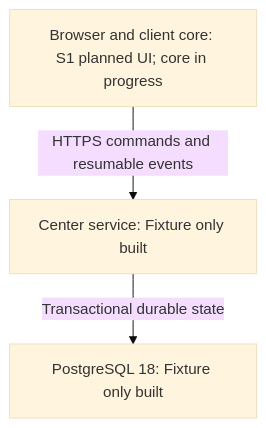
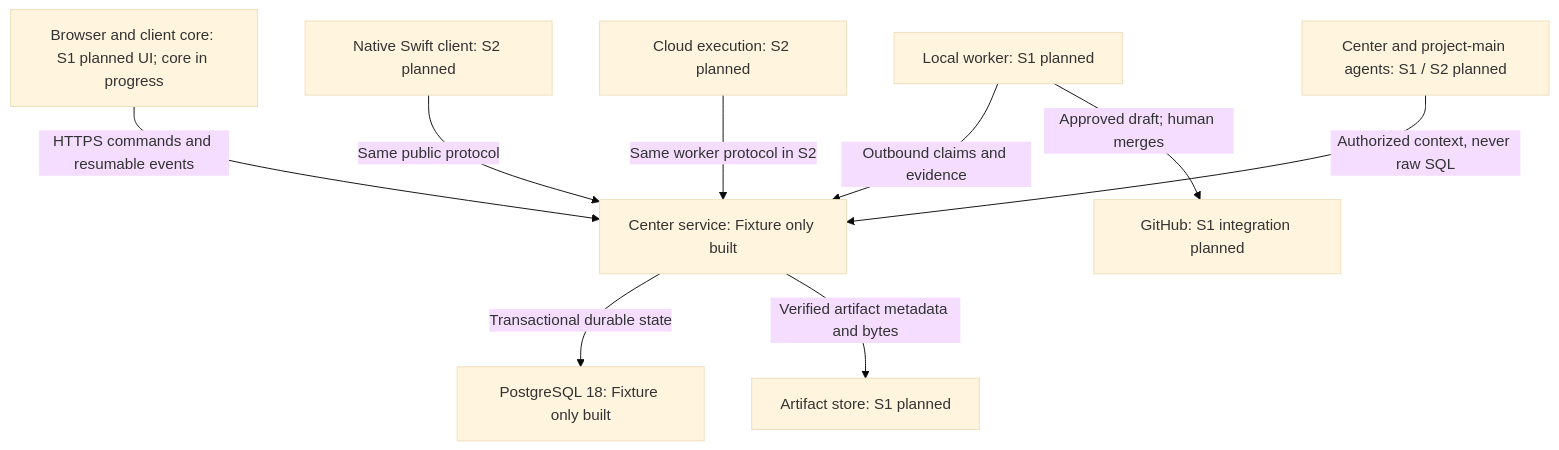
Before and after one commit to tayler-id/agent-team-workspace: the first of 2 diagrams in docs/site/progress.md, drawn with Mermaid (base theme). The commit also changed other lines of this file and 24 other files, not shown here.

````diff
--- a/docs/site/progress.md
+++ b/docs/site/progress.md
@@ -19,8 +19,20 @@
 ```mermaid
 flowchart TD
   browser["Browser and client core: S1 planned UI; core in progress"]
   center["Center service: Fixture only built"]
   postgres["PostgreSQL 18: Fixture only built"]
+  artifacts["Artifact store: S1 planned"]
+  local["Local worker: S1 planned"]
+  cloud["Cloud execution: S2 planned"]
+  github["GitHub: S1 integration planned"]
+  agents["Center and project-main agents: S1 / S2 planned"]
+  native["Native Swift client: S2 planned"]
   browser -->|HTTPS commands and resumable events| center
+  native -->|Same public protocol| center
   center -->|Transactional durable state| postgres
+  center -->|Verified artifact metadata and bytes| artifacts
+  local -->|Outbound claims and evidence| center
+  cloud -->|Same worker protocol in S2| center
+  local -->|Approved draft; human merges| github
+  agents -->|Authorized context, never raw SQL| center
 ```
````
